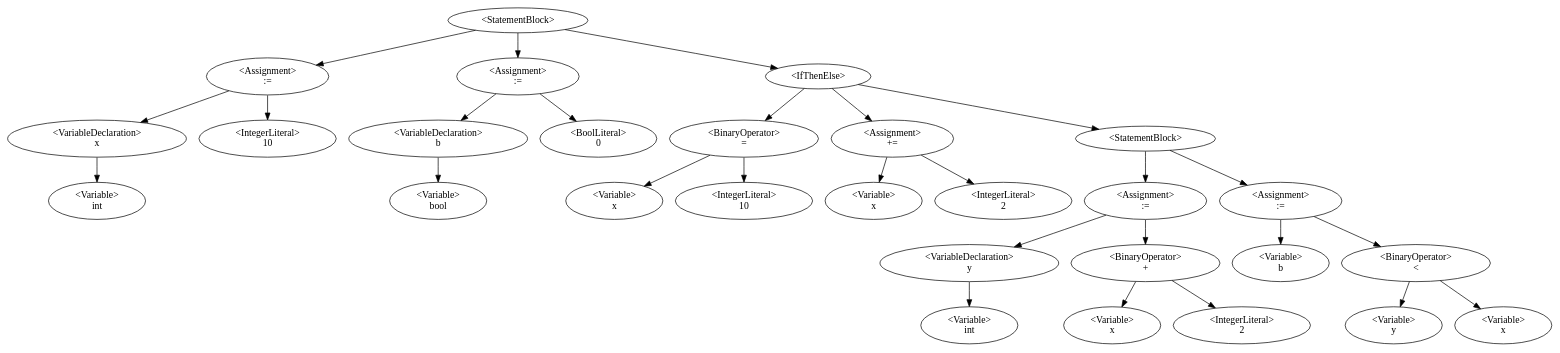
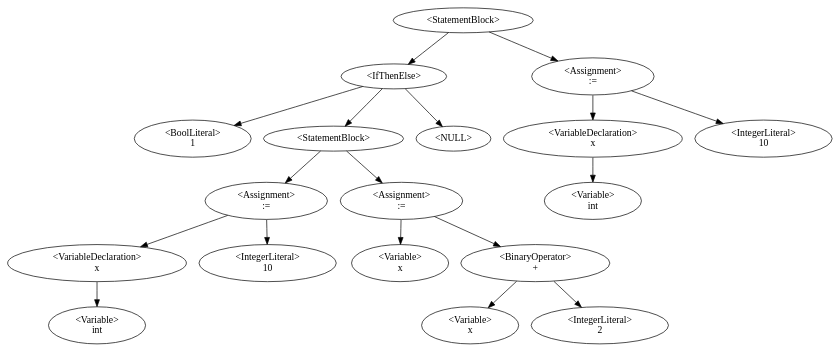
One commit to QazmoQwerty/dino changed the diagram in Dino/Dino/AstDisplay.gv. Above: the diagram before and after it, drawn with Graphviz. The commit also changed 4 other files, not shown here.

```diff
--- a/Dino/Dino/AstDisplay.gv
+++ b/Dino/Dino/AstDisplay.gv
@@ -1,30 +1,19 @@
 digraph G {
-0 [label="<StatementBlock>"];0->3;0->7;0->9;
-3 [label="<Assignment>\n:="];3->2;3->4;
-2 [label="<VariableDeclaration>\nx"];2->1;
-1 [label="<Variable>\nint"];
-4 [label="<IntegerLiteral>\n10"];
-7 [label="<Assignment>\n:="];7->6;7->8;
-6 [label="<VariableDeclaration>\nb"];6->5;
-5 [label="<Variable>\nbool"];
-8 [label="<BoolLiteral>\n0"];
-9 [label="<IfThenElse>"];9->11;9->14;9->16;
-11 [label="<BinaryOperator>\n="];11->10;11->12;
+0 [label="<StatementBlock>"];0->1;0->15;
+1 [label="<IfThenElse>"];1->2;1->3;1->-1;-1 [label="<NULL>"];
+2 [label="<BoolLiteral>\n1"];
+3 [label="<StatementBlock>"];3->6;3->9;
+6 [label="<Assignment>\n:="];6->5;6->7;
+5 [label="<VariableDeclaration>\nx"];5->4;
+4 [label="<Variable>\nint"];
+7 [label="<IntegerLiteral>\n10"];
+9 [label="<Assignment>\n:="];9->8;9->11;
+8 [label="<Variable>\nx"];
+11 [label="<BinaryOperator>\n+"];11->10;11->12;
 10 [label="<Variable>\nx"];
-12 [label="<IntegerLiteral>\n10"];
-14 [label="<Assignment>\n+="];14->13;14->15;
-13 [label="<Variable>\nx"];
-15 [label="<IntegerLiteral>\n2"];
-16 [label="<StatementBlock>"];16->19;16->24;
-19 [label="<Assignment>\n:="];19->18;19->21;
-18 [label="<VariableDeclaration>\ny"];18->17;
-17 [label="<Variable>\nint"];
-21 [label="<BinaryOperator>\n+"];21->20;21->22;
-20 [label="<Variable>\nx"];
-22 [label="<IntegerLiteral>\n2"];
-24 [label="<Assignment>\n:="];24->23;24->26;
-23 [label="<Variable>\nb"];
-26 [label="<BinaryOperator>\n<"];26->25;26->27;
-25 [label="<Variable>\ny"];
-27 [label="<Variable>\nx"];
+12 [label="<IntegerLiteral>\n2"];
+15 [label="<Assignment>\n:="];15->14;15->16;
+14 [label="<VariableDeclaration>\nx"];14->13;
+13 [label="<Variable>\nint"];
+16 [label="<IntegerLiteral>\n10"];
 }
```
